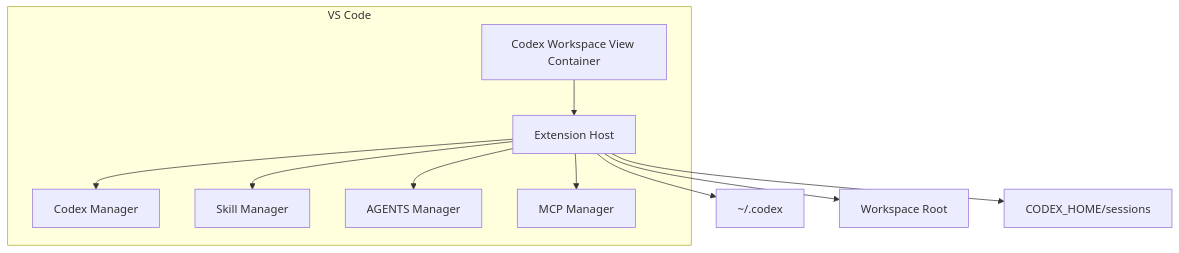
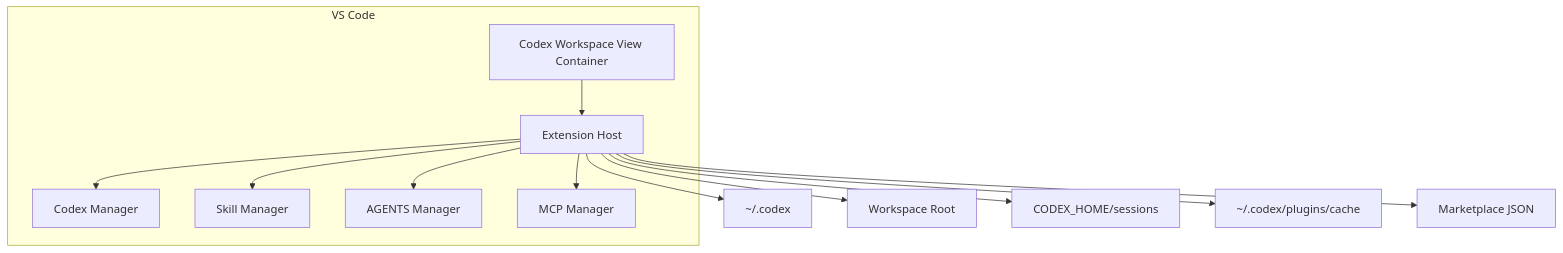
The diagram in docs/02_architect.md (Knworks/codex-workspace), drawn with Mermaid before and after one commit. The commit also changed other lines of this file and 1 other file, not shown here.

Commit message:
docs: sync requirements and architecture docs with implementation

````diff
--- a/docs/02_architect.md
+++ b/docs/02_architect.md
@@ -208,24 +232,28 @@
 ```mermaid
 flowchart TB
   subgraph VSCode[VS Code]
     VC[Codex Workspace View Container]
     EH[Extension Host]
     WV1[Codex Manager]
     WV2[Skill Manager]
     WV3[AGENTS Manager]
     WV4[MCP Manager]
   end
 
   CODEX[~/.codex]
   PROJECT[Workspace Root]
   SESSIONS[CODEX_HOME/sessions]
+  PLUGINS[~/.codex/plugins/cache]
+  MARKET[Marketplace JSON]
 
   VC --> EH
   EH --> CODEX
   EH --> PROJECT
   EH --> SESSIONS
+  EH --> PLUGINS
+  EH --> MARKET
   EH --> WV1
   EH --> WV2
   EH --> WV3
   EH --> WV4
 ```
````
